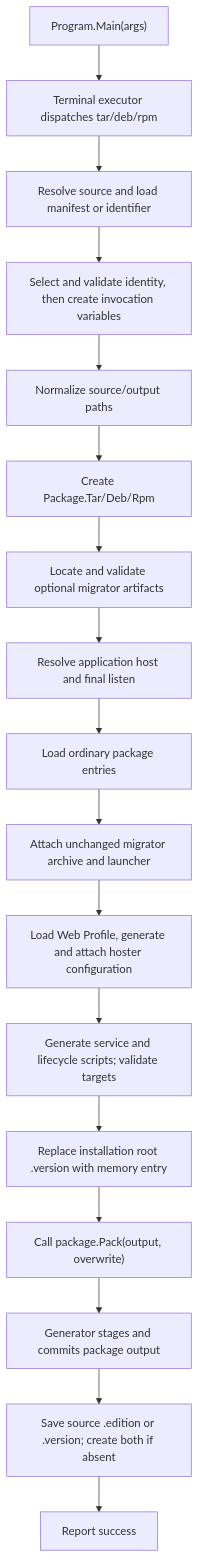
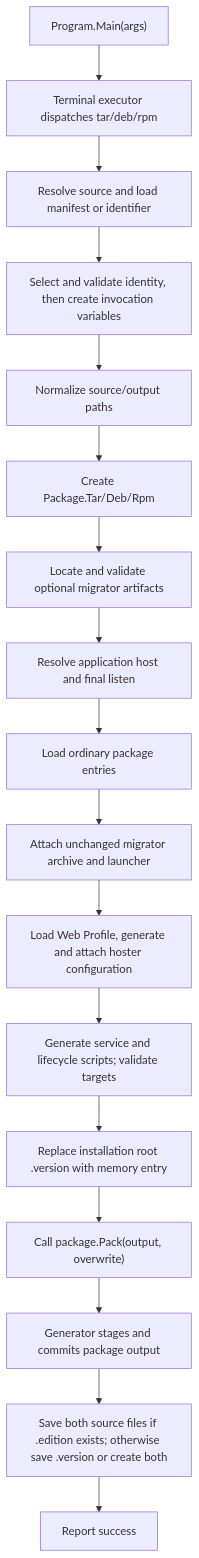
The diagram in packager/docs/implementation.md (Zongsoft/tools), drawn with Mermaid before and after one commit. The commit also changed other lines of this file and 62 other files, not shown here.

````diff
--- a/packager/docs/implementation.md
+++ b/packager/docs/implementation.md
@@ -67,19 +67,19 @@
 ```mermaid
 flowchart TD
     A["Program.Main(args)"] --> B["Terminal executor dispatches tar/deb/rpm"]
     B --> C["Resolve source and load manifest or identifier"]
     C --> D["Select and validate identity, then create invocation variables"]
     D --> E["Normalize source/output paths"]
     E --> F["Create Package.Tar/Deb/Rpm"]
     F --> M["Locate and validate optional migrator artifacts"]
     M --> G["Resolve application host and final listen"]
     G --> H["Load ordinary package entries"]
     H --> N["Attach unchanged migrator archive and launcher"]
     N --> W["Load Web Profile, generate and attach hoster configuration"]
     W --> L["Generate service and lifecycle scripts; validate targets"]
     L --> V["Replace installation root .version with memory entry"]
     V --> I["Call package.Pack(output, overwrite)"]
     I --> J["Generator stages and commits package output"]
-    J --> S["Save source .edition or .version; create both if absent"]
+    J --> S["Save both source files if .edition exists; otherwise save .version or create both"]
     S --> OK["Report success"]
 ```
````
